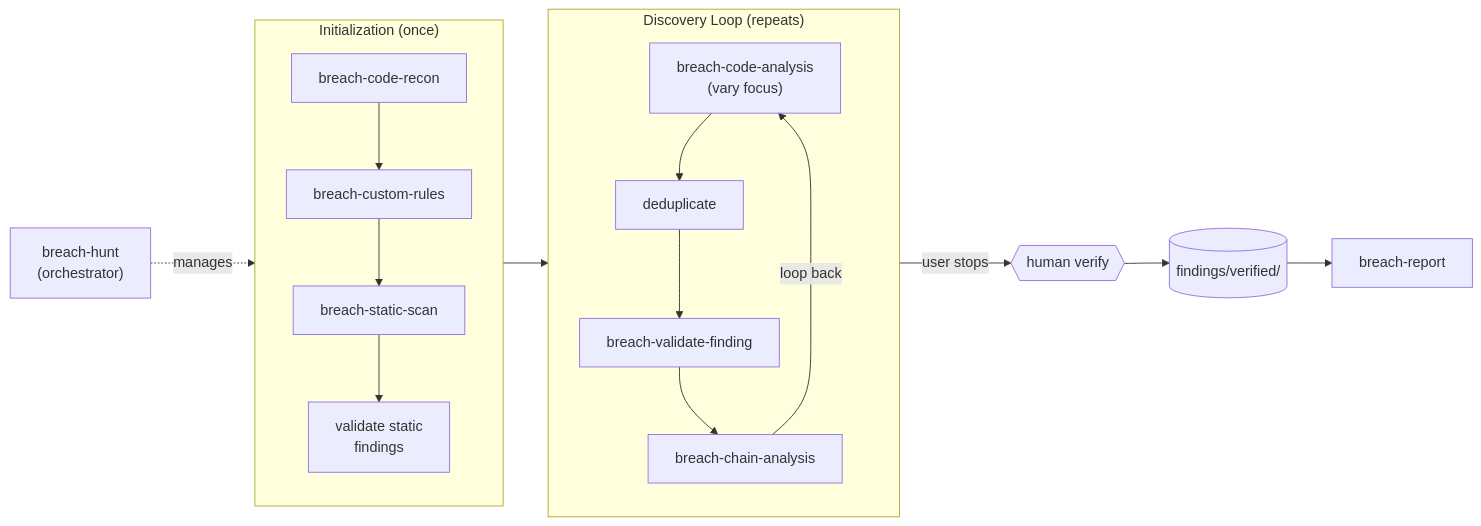
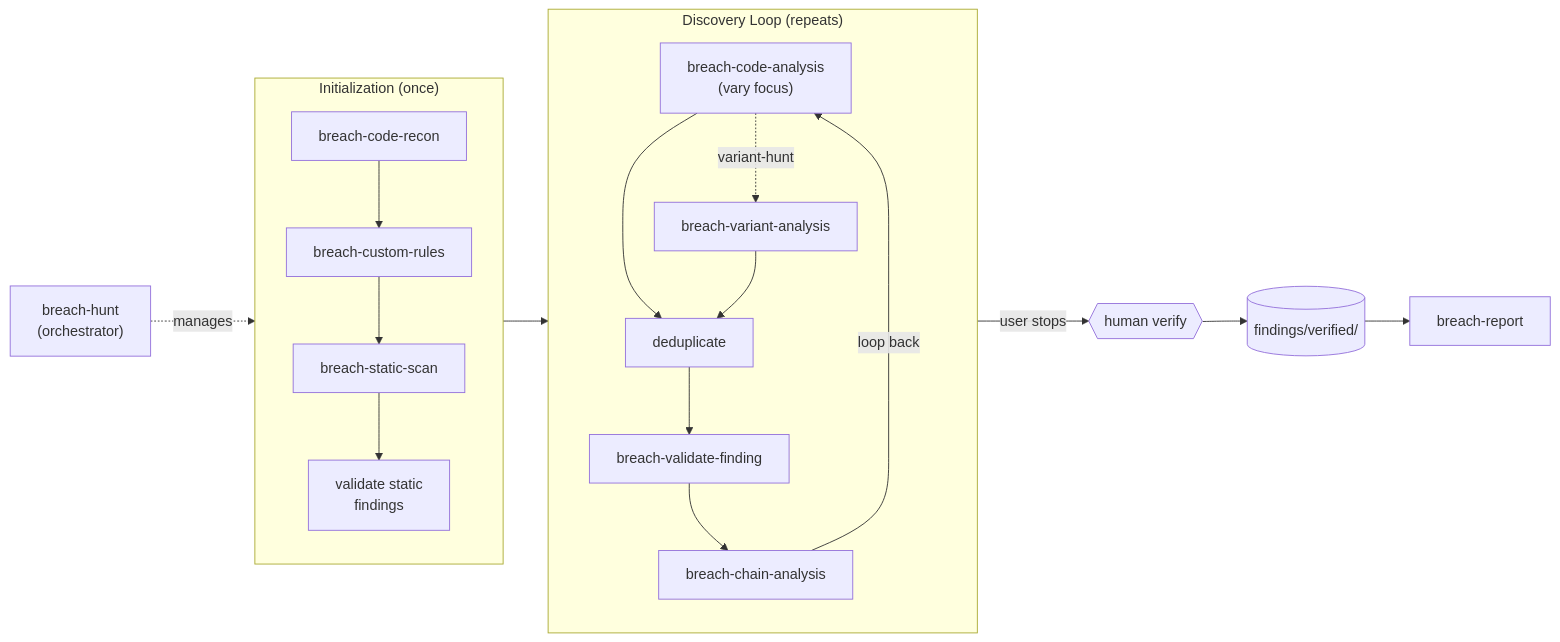
One commit to tsheil/breach-marketplace changed the diagram in README.md. Above: the diagram before and after it, drawn with Mermaid. The commit also changed other lines of this file and 18 other files, not shown here.

````diff
--- a/README.md
+++ b/README.md
@@ -32,31 +32,34 @@
 ```mermaid
 flowchart LR
     hunt["breach-hunt\n(orchestrator)"]
 
     subgraph init ["Initialization (once)"]
         recon["breach-code-recon"]
         custom["breach-custom-rules"]
         static["breach-static-scan"]
         val_static["validate static\nfindings"]
         recon --> custom --> static --> val_static
     end
 
     subgraph loop ["Discovery Loop (repeats)"]
         code["breach-code-analysis\n(vary focus)"]
+        variant["breach-variant-analysis"]
         dedup["deduplicate"]
         validate["breach-validate-finding"]
         chain["breach-chain-analysis"]
+        code -.->|"variant-hunt"| variant
         code --> dedup --> validate --> chain
+        variant --> dedup
         chain -->|"loop back"| code
     end
 
     human{{"human verify"}}
     verified[("findings/verified/")]
     report["breach-report"]
 
     hunt -.->|manages| init
     init --> loop
     loop -->|"user stops"| human
     human --> verified
     verified --> report
 ```
````
